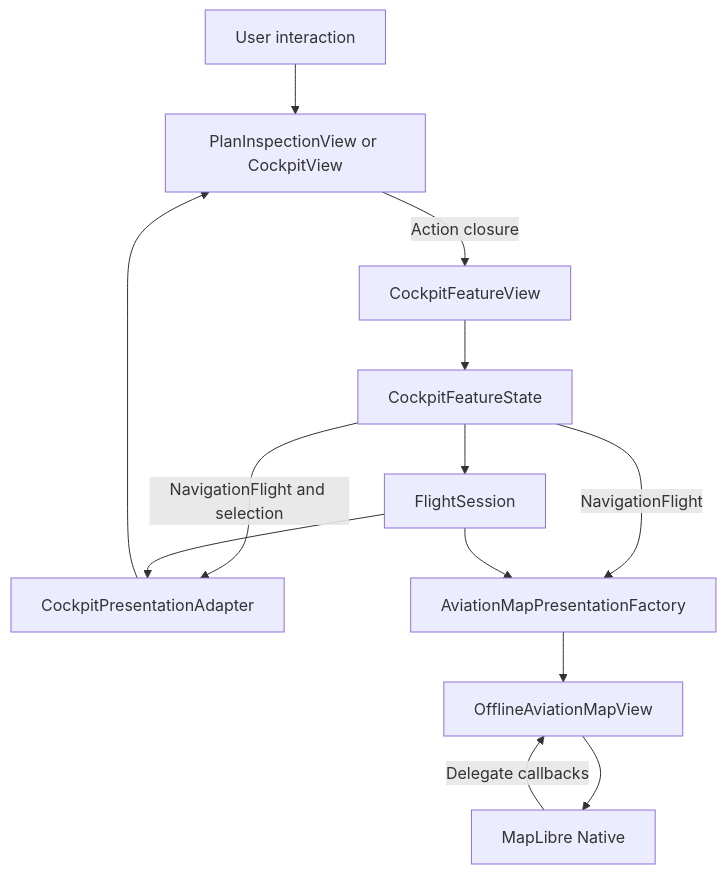
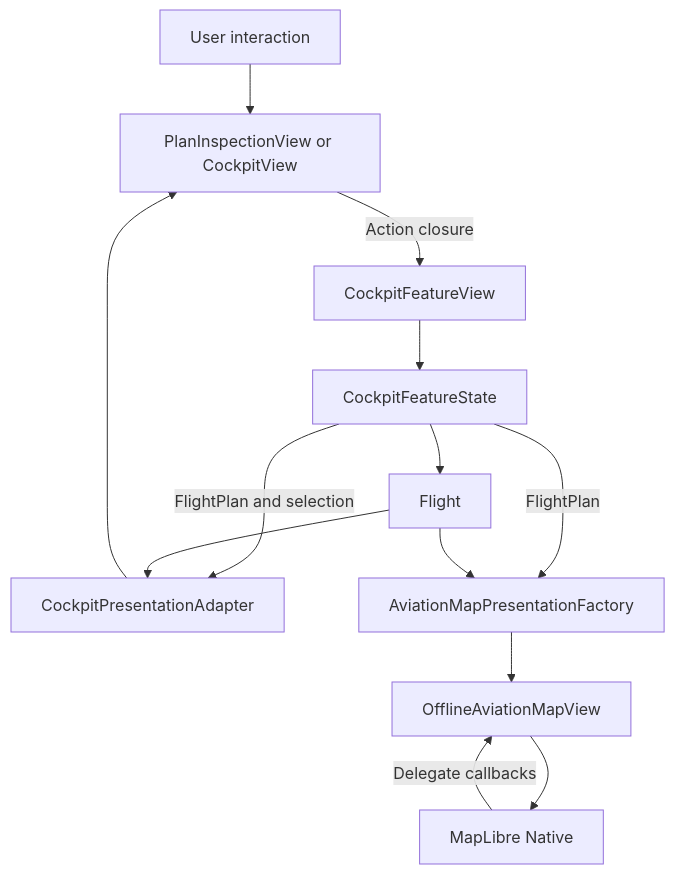
The third of 3 diagrams in docs/architecture.md (johnbenz13/NavigationFlight), drawn with Mermaid before and after one commit. The commit also changed other lines of this file and 20 other files, not shown here.

Commit message:
Migrate Flight Plan and Flight terminology

````diff
--- a/docs/architecture.md
+++ b/docs/architecture.md
@@ -163,15 +163,15 @@
 ```mermaid
 flowchart TD
     Input[User interaction] --> Child[PlanInspectionView or CockpitView]
     Child -->|Action closure| FeatureView[CockpitFeatureView]
     FeatureView --> FeatureState[CockpitFeatureState]
-    FeatureState --> Session[FlightSession]
-    FeatureState -->|NavigationFlight and selection| CockpitAdapter[CockpitPresentationAdapter]
+    FeatureState --> Session[Flight]
+    FeatureState -->|FlightPlan and selection| CockpitAdapter[CockpitPresentationAdapter]
     Session --> CockpitAdapter
-    FeatureState -->|NavigationFlight| MapFactory[AviationMapPresentationFactory]
+    FeatureState -->|FlightPlan| MapFactory[AviationMapPresentationFactory]
     Session --> MapFactory
     CockpitAdapter --> Child
     MapFactory --> MapView[OfflineAviationMapView]
     MapView --> MapLibre[MapLibre Native]
     MapLibre -->|Delegate callbacks| MapView
 ```
````
